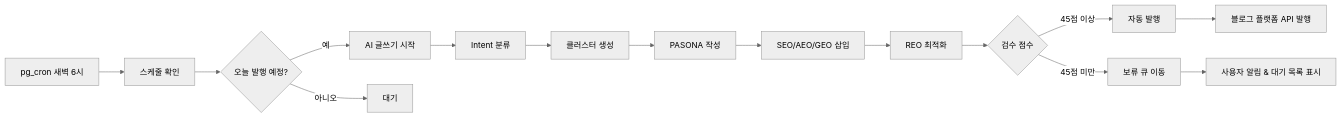
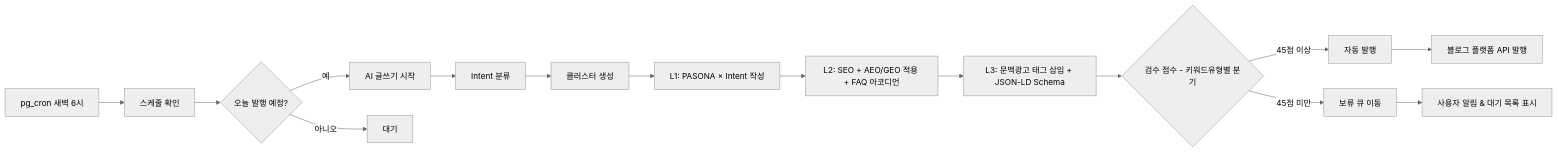
Before and after one commit to hakbun-maker/Multi-blog-hub: the second of 2 diagrams in docs/add/03-user-flow.md, drawn with Mermaid (neutral theme). The commit also changed other lines of this file and 348 other files, not shown here.

````diff
--- a/docs/add/03-user-flow.md
+++ b/docs/add/03-user-flow.md
@@ -126,20 +181,20 @@
 ```mermaid
 flowchart LR
     A[pg_cron 새벽 6시] --> B[스케줄 확인]
     B --> C{오늘 발행 예정?}
     C --> |예| D[AI 글쓰기 시작]
     C --> |아니오| END[대기]
 
     D --> D1[Intent 분류]
     D1 --> D2[클러스터 생성]
-    D2 --> D3[PASONA 작성]
-    D3 --> D4[SEO/AEO/GEO 삽입]
-    D4 --> D5[REO 최적화]
+    D2 --> D3[L1: PASONA × Intent 작성]
+    D3 --> D4[L2: SEO + AEO/GEO 적용 + FAQ 아코디언]
+    D4 --> D5[L3: 문맥광고 태그 삽입 + JSON-LD Schema]
 
-    D5 --> E{검수 점수}
+    D5 --> E{검수 점수 - 키워드유형별 분기}
     E --> |45점 이상| F[자동 발행]
     E --> |45점 미만| G[보류 큐 이동]
 
     F --> H[블로그 플랫폼 API 발행]
     G --> I[사용자 알림 & 대기 목록 표시]
 ```
````
